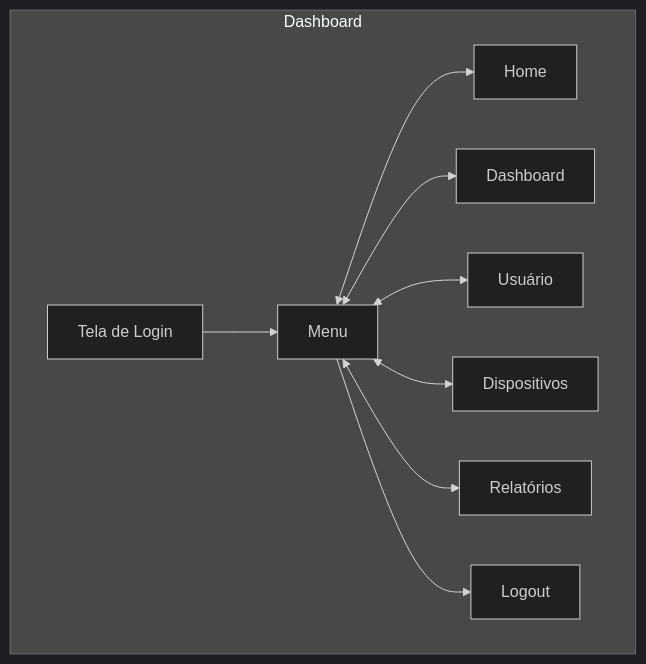
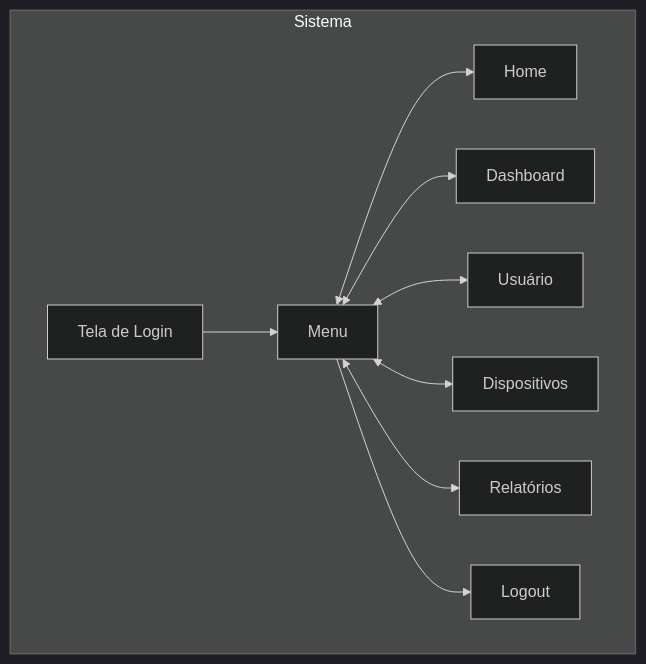
The first of 2 diagrams in docs/PRD.md (Giovani-RodriguesS/projeto_iot), drawn with Mermaid (dark theme) before and after one commit. The commit also changed other lines of this file, not shown here.

````diff
--- a/docs/PRD.md
+++ b/docs/PRD.md
@@ -33,24 +33,21 @@
 ```mermaid
 graph TB
-    subgraph Dashboard
+    subgraph Sistema
         L[Tela de Login]
         C[Home]
         A[Dashboard]
         I[Menu]
         F[Usuário]
         D[Dispositivos]
         R[Relatórios]
         O[Logout]
 
         L-->I
         I<-->C
         I<-->A
         I<-->F
         I<-->D
         I<-->R
         I-->O
-        
-    
-      
     end
 ```
````
